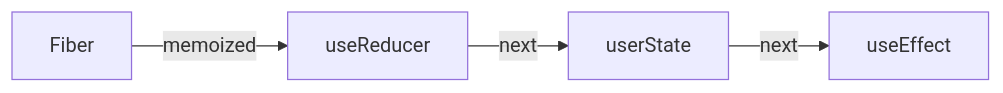
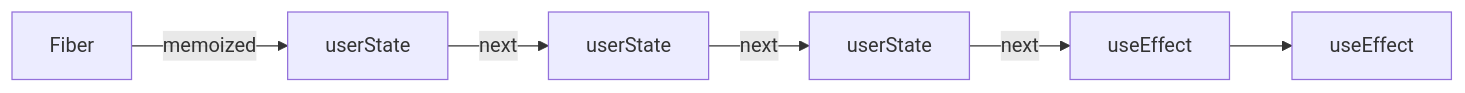
The diagram in programming-tech/React/07-hook和闭包.md (huiruo/programming-tech-website), drawn with Mermaid before and after one commit. The commit also changed other lines of this file and 16 other files, not shown here.

````diff
--- a/programming-tech/React/07-hook和闭包.md
+++ b/programming-tech/React/07-hook和闭包.md
@@ -8,4 +55,4 @@
 ```mermaid
 graph LR
-1[Fiber] --memoized--> 2[useReducer] --next-->3[userState]--next-->4[useEffect]
+1[Fiber] --memoized--> 2[userState] --next-->3[userState]--next-->4[userState]--next-->5[useEffect]-->6[useEffect]
 ```
````
